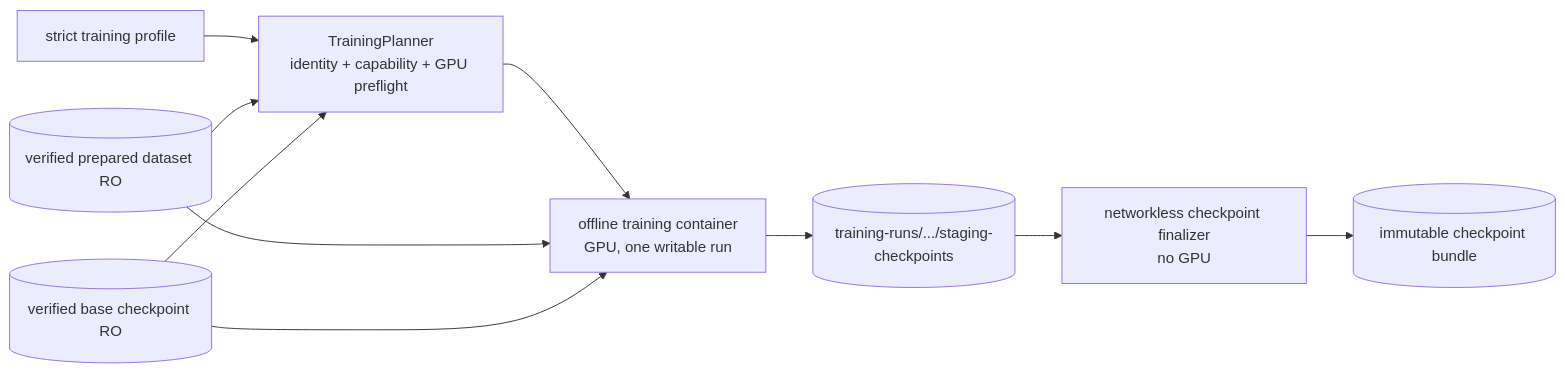
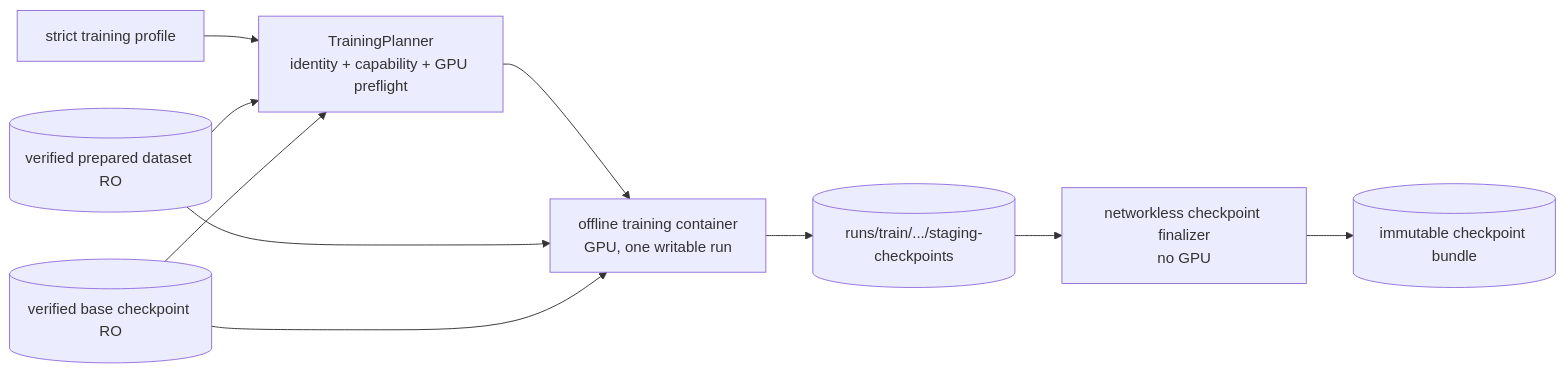
The ninth of 9 diagrams in ARCHITECTURE.md (kon0327/ovlab), drawn with Mermaid before and after one commit. The commit also changed other lines of this file and 36 other files, not shown here.

````diff
--- a/ARCHITECTURE.md
+++ b/ARCHITECTURE.md
@@ -612,20 +616,20 @@
 ```mermaid
 flowchart LR
     Profile["strict training profile"]
     Planner["TrainingPlanner<br/>identity + capability + GPU preflight"]
     Dataset[("verified prepared dataset RO")]
     Base[("verified base checkpoint RO")]
     Trainer["offline training container<br/>GPU, one writable run"]
-    Staging[("training-runs/.../staging-checkpoints")]
+    Staging[("runs/train/.../staging-checkpoints")]
     Finalizer["networkless checkpoint finalizer<br/>no GPU"]
     Registry[("immutable checkpoint bundle")]
 
     Profile --> Planner
     Dataset --> Planner
     Base --> Planner
     Planner --> Trainer
     Dataset --> Trainer
     Base --> Trainer
     Trainer --> Staging
     Staging --> Finalizer --> Registry
 ```
````
